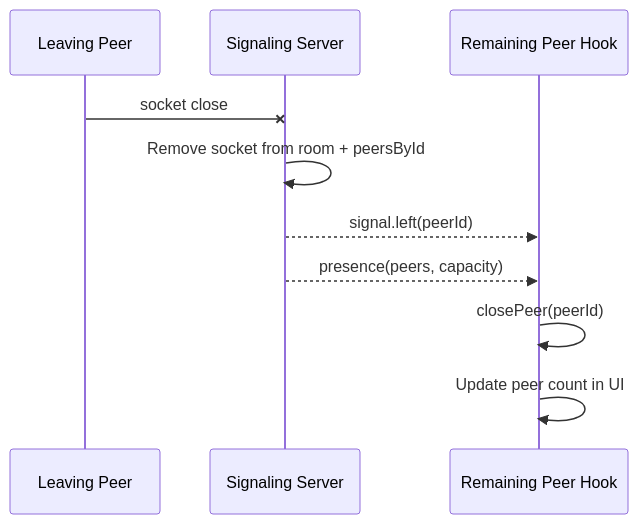
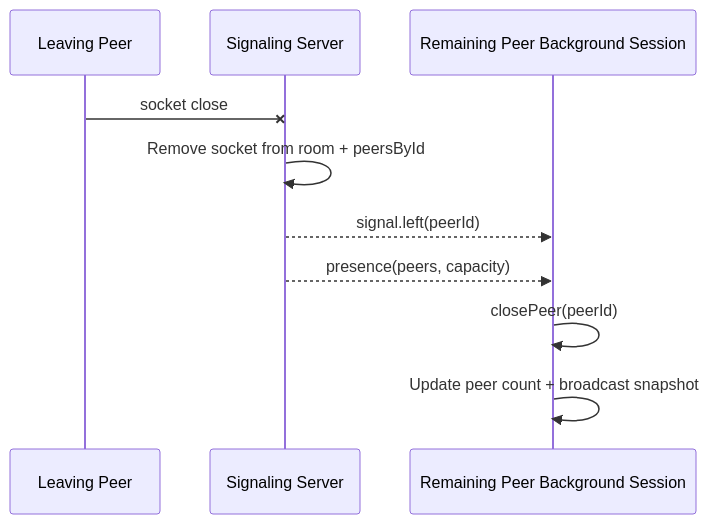
One commit to crccc/webrtc-chat changed the eighth of 8 diagrams in docs/architecture.md. Above: the diagram before and after it, drawn with Mermaid. The commit also changed other lines of this file and 28 other files, not shown here.

Commit message:
Implement background-owned extension session lifecycle

````diff
--- a/docs/architecture.md
+++ b/docs/architecture.md
@@ -217,13 +261,13 @@
 ```mermaid
 sequenceDiagram
   participant Leaving as Leaving Peer
   participant S as Signaling Server
-  participant Remaining as Remaining Peer Hook
+  participant Remaining as Remaining Peer Background Session
 
   Leaving-xS: socket close
   S->>S: Remove socket from room + peersById
   S-->>Remaining: signal.left(peerId)
   S-->>Remaining: presence(peers, capacity)
   Remaining->>Remaining: closePeer(peerId)
-  Remaining->>Remaining: Update peer count in UI
+  Remaining->>Remaining: Update peer count + broadcast snapshot
 ```
````
